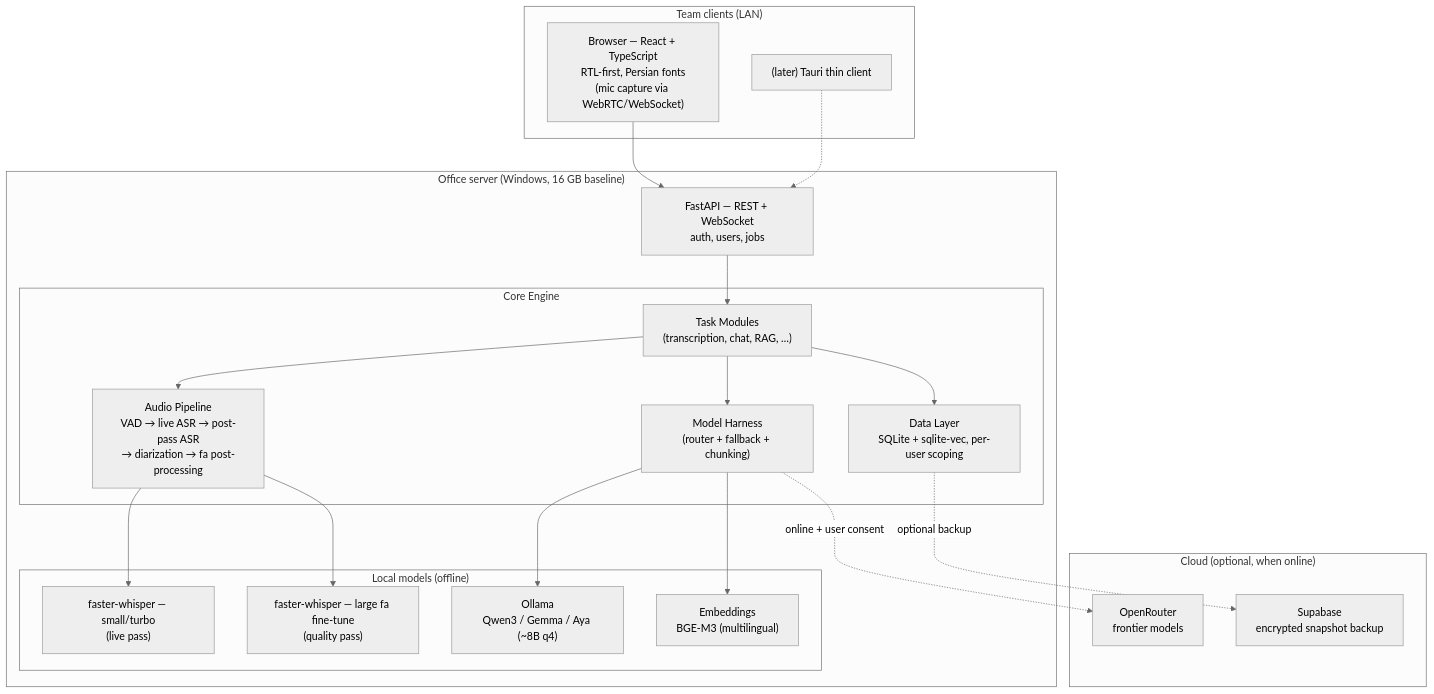
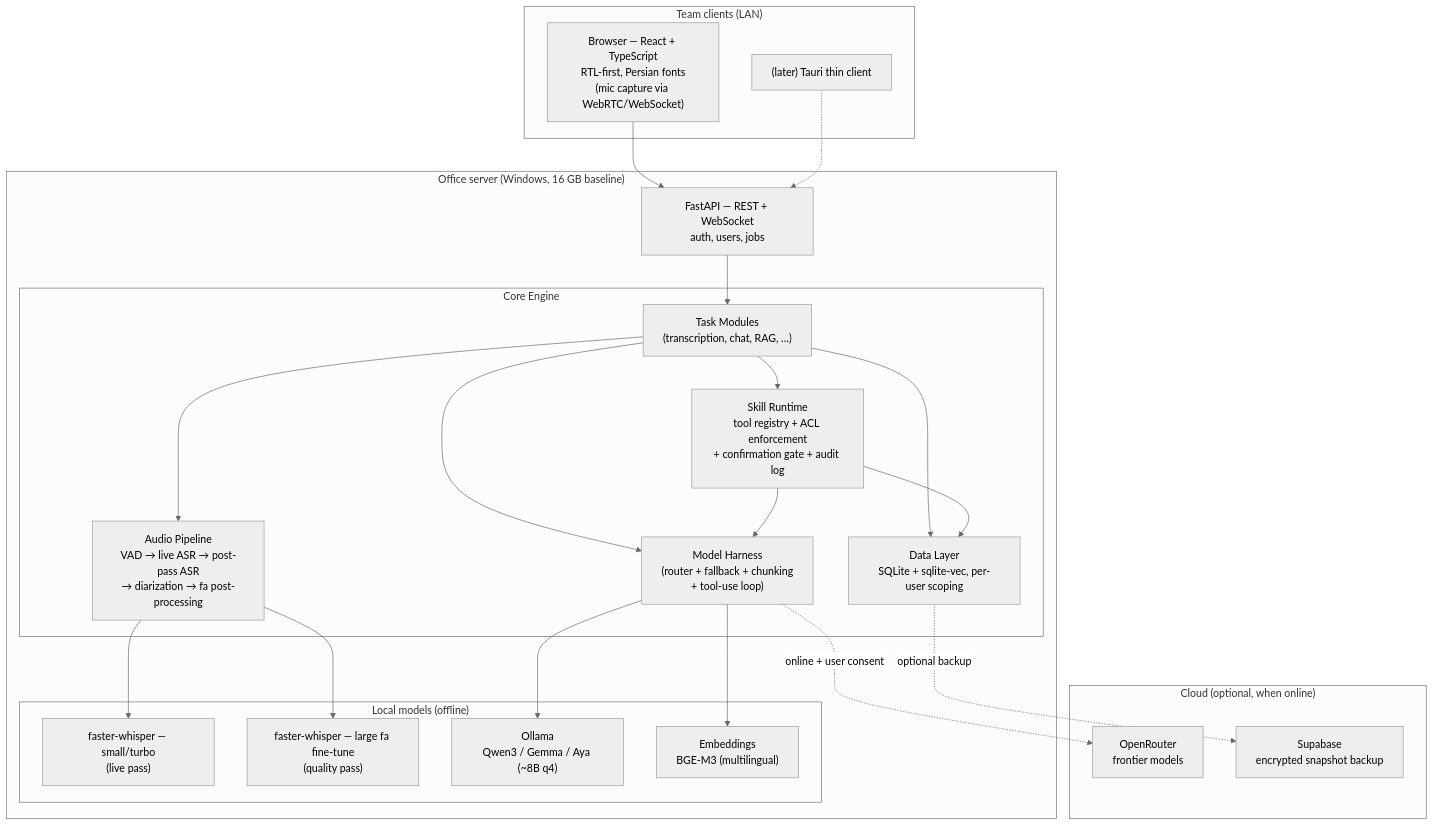
Before and after one commit to Dr-Bagheri/neurai-mvp: the first of 3 diagrams in ARCHITECTURE.md, drawn with Mermaid (neutral theme). The commit also changed other lines of this file, not shown here.

First line of the commit message:
Add D7 Skills (secure tool layer) and §2.1 dual-mode runtime profiles

````diff
--- a/ARCHITECTURE.md
+++ b/ARCHITECTURE.md
@@ -38,41 +40,45 @@
 ```mermaid
 flowchart TB
     subgraph Clients["Team clients (LAN)"]
         B1["Browser — React + TypeScript<br/>RTL-first, Persian fonts<br/>(mic capture via WebRTC/WebSocket)"]
         B2["(later) Tauri thin client"]
     end
 
     subgraph Server["Office server (Windows, 16 GB baseline)"]
         API["FastAPI — REST + WebSocket<br/>auth, users, jobs"]
         subgraph Core["Core Engine"]
             TM["Task Modules<br/>(transcription, chat, RAG, …)"]
-            H["Model Harness<br/>(router + fallback + chunking)"]
+            SK["Skill Runtime<br/>tool registry + ACL enforcement<br/>+ confirmation gate + audit log"]
+            H["Model Harness<br/>(router + fallback + chunking<br/>+ tool-use loop)"]
             AP["Audio Pipeline<br/>VAD → live ASR → post-pass ASR<br/>→ diarization → fa post-processing"]
             DL["Data Layer<br/>SQLite + sqlite-vec, per-user scoping"]
         end
         subgraph Local["Local models (offline)"]
             WL["faster-whisper — small/turbo<br/>(live pass)"]
             WQ["faster-whisper — large fa fine-tune<br/>(quality pass)"]
             OL["Ollama<br/>Qwen3 / Gemma / Aya (~8B q4)"]
             EMB["Embeddings<br/>BGE-M3 (multilingual)"]
         end
     end
 
     subgraph Cloud["Cloud (optional, when online)"]
         OR["OpenRouter<br/>frontier models"]
         SB["Supabase<br/>encrypted snapshot backup"]
     end
 
     B1 --> API
     B2 -.-> API
     API --> TM
     TM --> H
     TM --> AP
     TM --> DL
+    TM --> SK
+    SK --> H
+    SK --> DL
     AP --> WL
     AP --> WQ
     H --> OL
     H --> EMB
     H -. online + user consent .-> OR
     DL -. optional backup .-> SB
 ```
````
